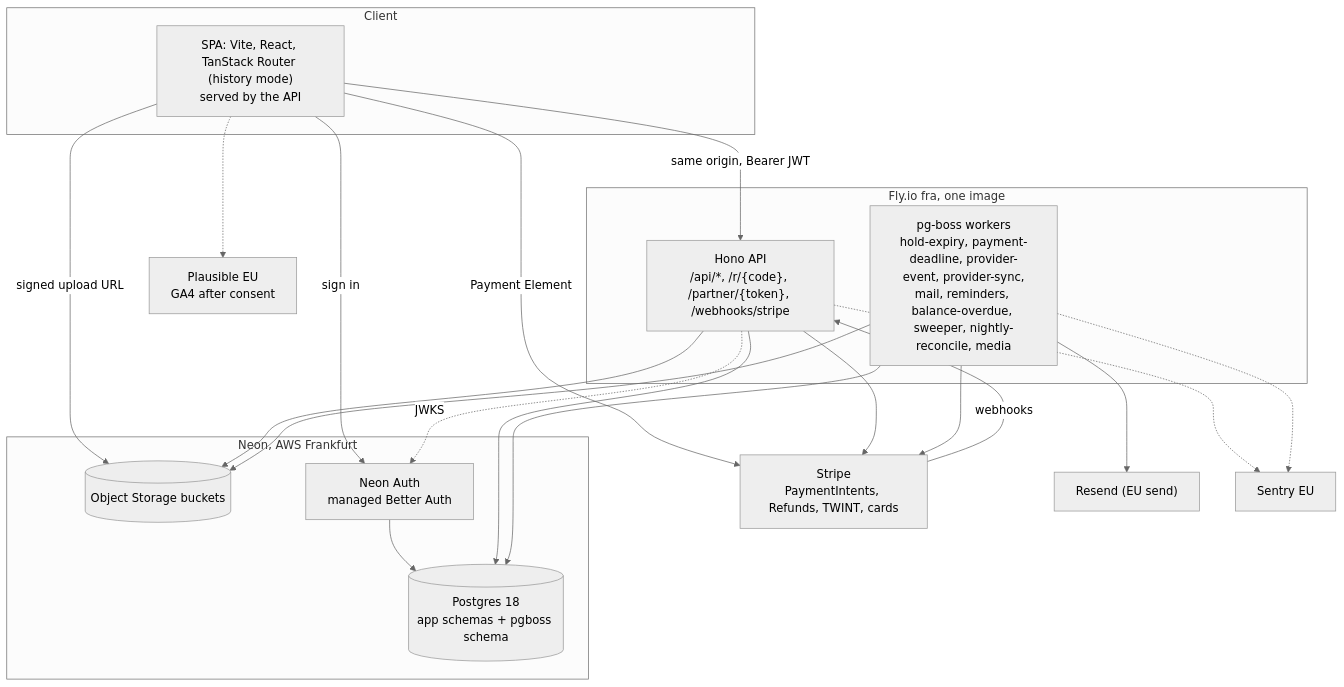
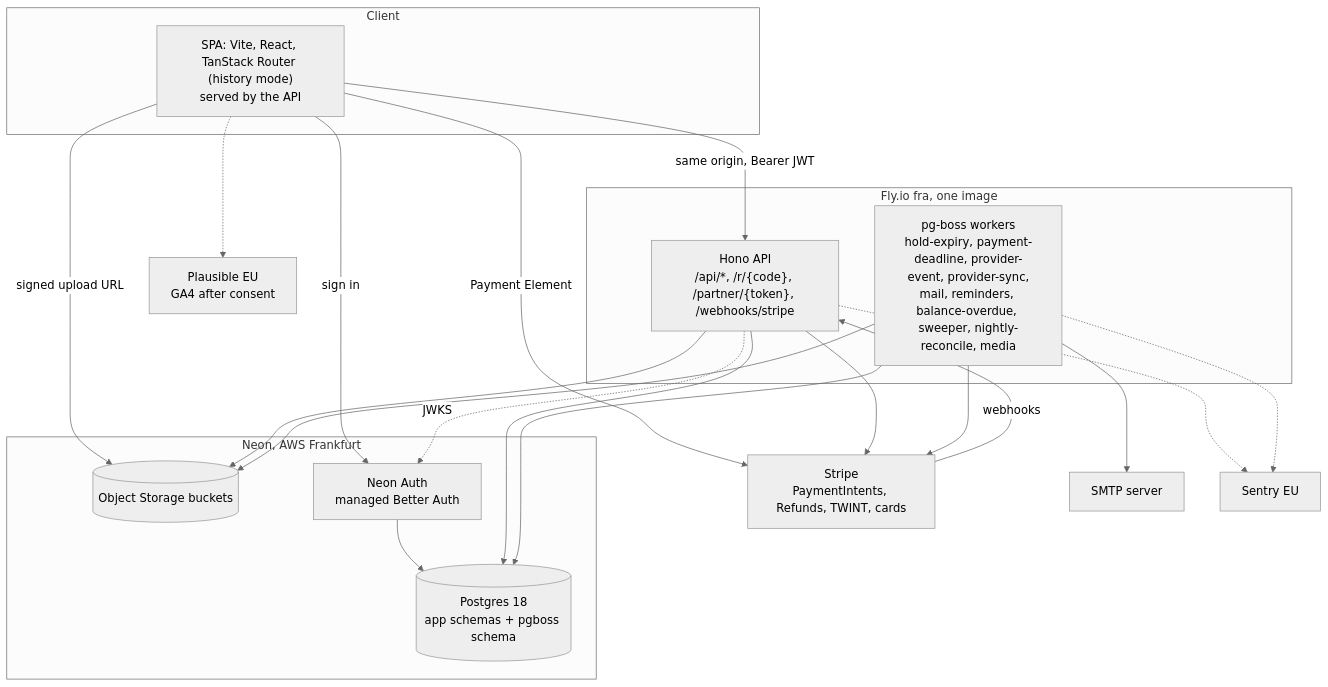
One commit to xzneozx96/swiss-keepsakes changed the first of 4 diagrams in docs/architecture/backend.md. Above: the diagram before and after it, drawn with Mermaid (neutral theme). The commit also changed other lines of this file and 3 other files, not shown here.

Commit message:
docs: send mail over SMTP, not Resend or Mailpit (D12, E2.8)

````diff
--- a/docs/architecture/backend.md
+++ b/docs/architecture/backend.md
@@ -64,37 +64,37 @@
 ```mermaid
 flowchart TB
     subgraph Client
         SPA["SPA: Vite, React, TanStack Router (history mode)<br/>served by the API"]
     end
     subgraph Fly["Fly.io fra, one image"]
         API["Hono API<br/>/api/*, /r/{code}, /partner/{token}, /webhooks/stripe"]
         WORKER["pg-boss workers<br/>hold-expiry, payment-deadline, provider-event, provider-sync,<br/>mail, reminders, balance-overdue, sweeper, nightly-reconcile, media"]
     end
     subgraph Neon["Neon, AWS Frankfurt"]
         PG[("Postgres 18<br/>app schemas + pgboss schema")]
         OBJ[("Object Storage buckets")]
         AUTH["Neon Auth<br/>managed Better Auth"]
     end
     STRIPE["Stripe<br/>PaymentIntents, Refunds, TWINT, cards"]
-    MAIL["Resend (EU send)"]
+    MAIL["SMTP server"]
     SENTRY["Sentry EU"]
     PLAUSIBLE["Plausible EU<br/>GA4 after consent"]
 
     SPA -- "sign in" --> AUTH
     SPA -- "same origin, Bearer JWT" --> API
     API -. "JWKS" .-> AUTH
     AUTH --> PG
     SPA -- "Payment Element" --> STRIPE
     SPA -- "signed upload URL" --> OBJ
     SPA -.-> PLAUSIBLE
     STRIPE -- "webhooks" --> API
     API --> PG
     API --> OBJ
     API --> STRIPE
     WORKER --> PG
     WORKER --> STRIPE
     WORKER --> MAIL
     WORKER --> OBJ
     API -.-> SENTRY
     WORKER -.-> SENTRY
 ```
````
